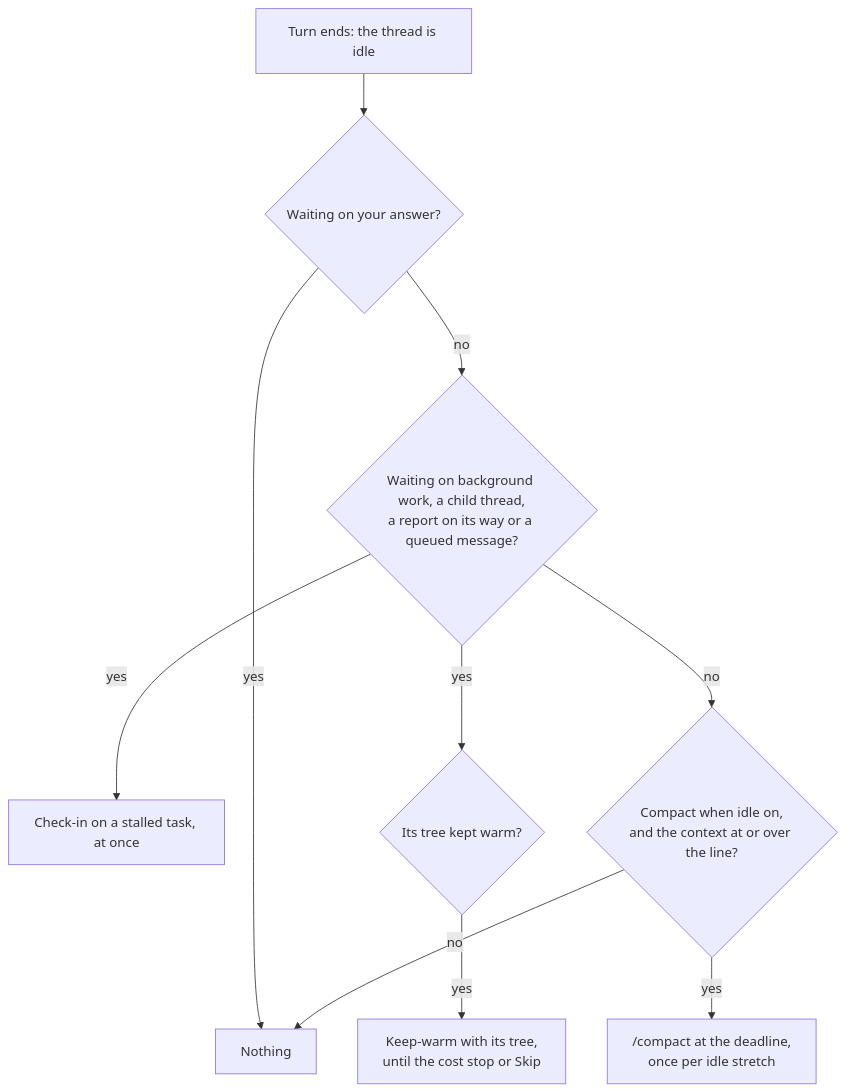
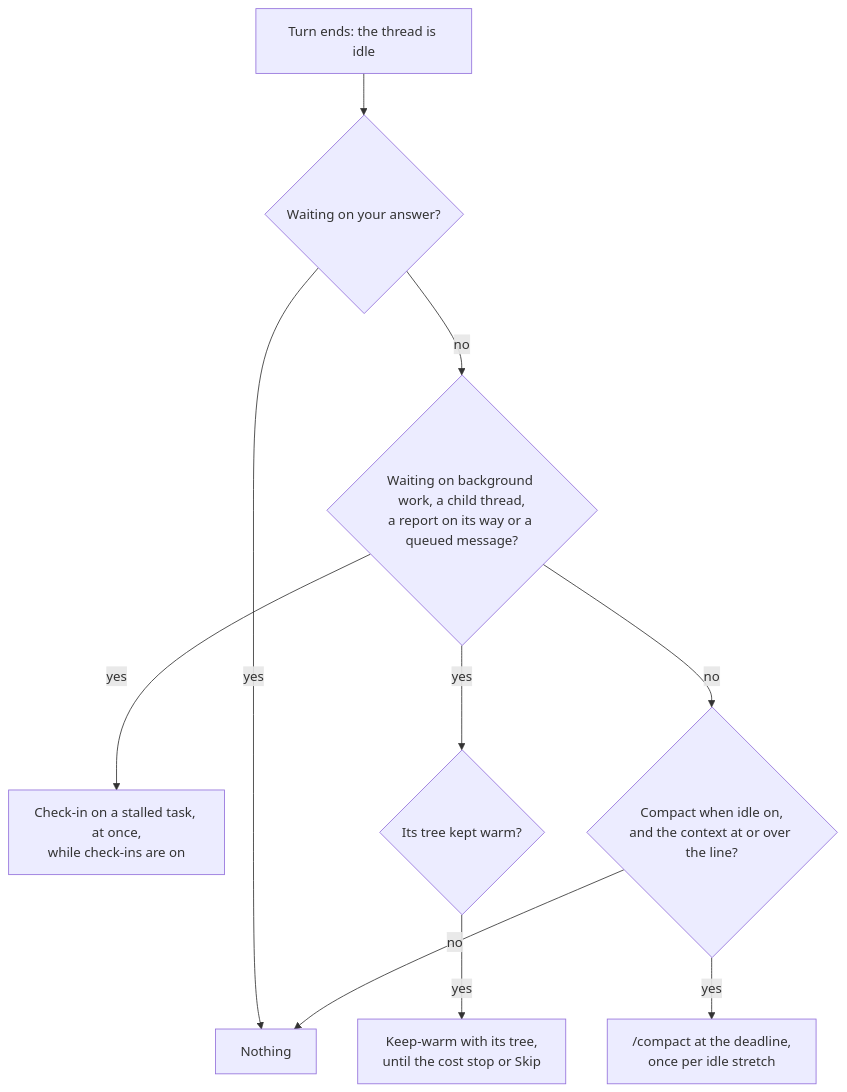
The first of 3 diagrams in docs/explanation/cache-keeper-timing.md (gperezmz/bb-plugins), drawn with Mermaid before and after one commit. The commit also changed other lines of this file and 35 other files, not shown here.

````diff
--- a/docs/explanation/cache-keeper-timing.md
+++ b/docs/explanation/cache-keeper-timing.md
@@ -5,12 +5,12 @@
 ```mermaid
 flowchart TB
   idle["Turn ends: the thread is idle"] --> question{"Waiting on your answer?"}
   question -->|yes| nothing["Nothing"]
   question -->|no| waiting{"Waiting on background work, a child thread,<br/>a report on its way or a queued message?"}
-  waiting -->|yes| stalled["Check-in on a stalled task, at once"]
+  waiting -->|yes| stalled["Check-in on a stalled task, at once,<br/>while check-ins are on"]
   waiting -->|yes| kept{"Its tree kept warm?"}
   kept -->|yes| warm["Keep-warm with its tree,<br/>until the cost stop or Skip"]
   waiting -->|no| on{"Compact when idle on,<br/>and the context at or over the line?"}
   on -->|yes| compact["/compact at the deadline,<br/>once per idle stretch"]
   on -->|no| nothing
 ```
````
